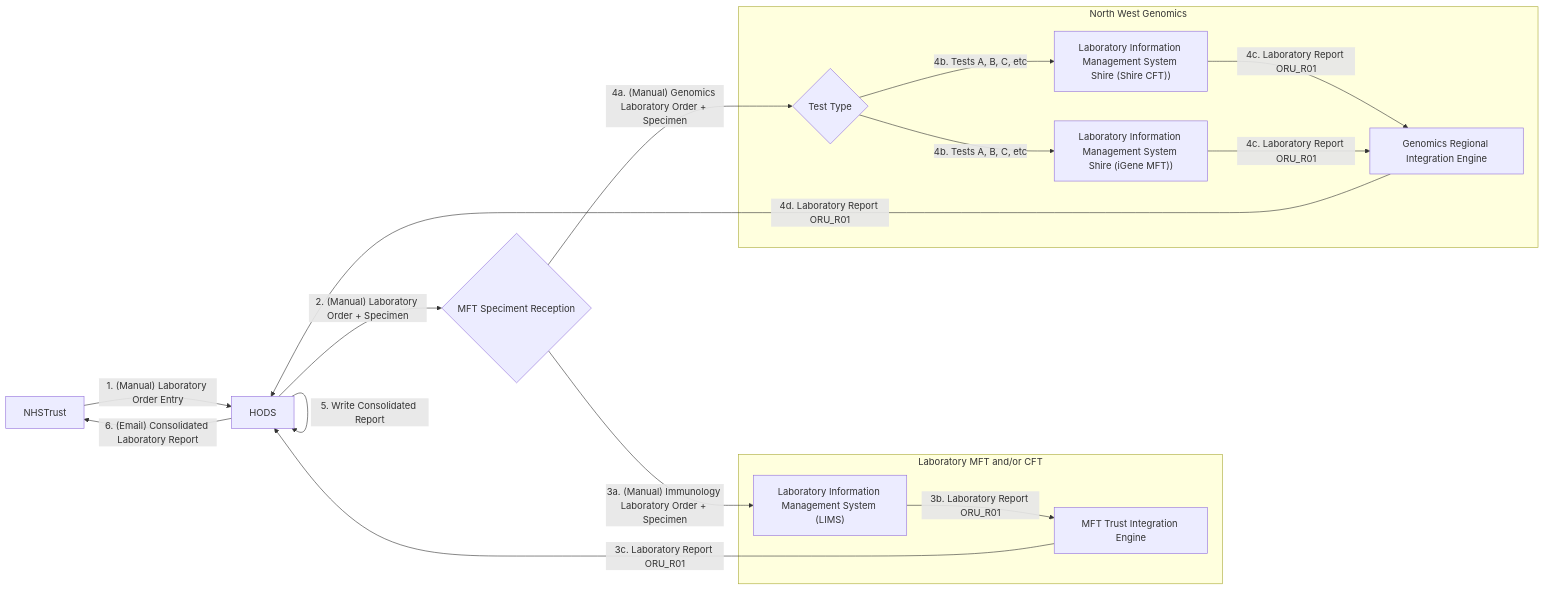
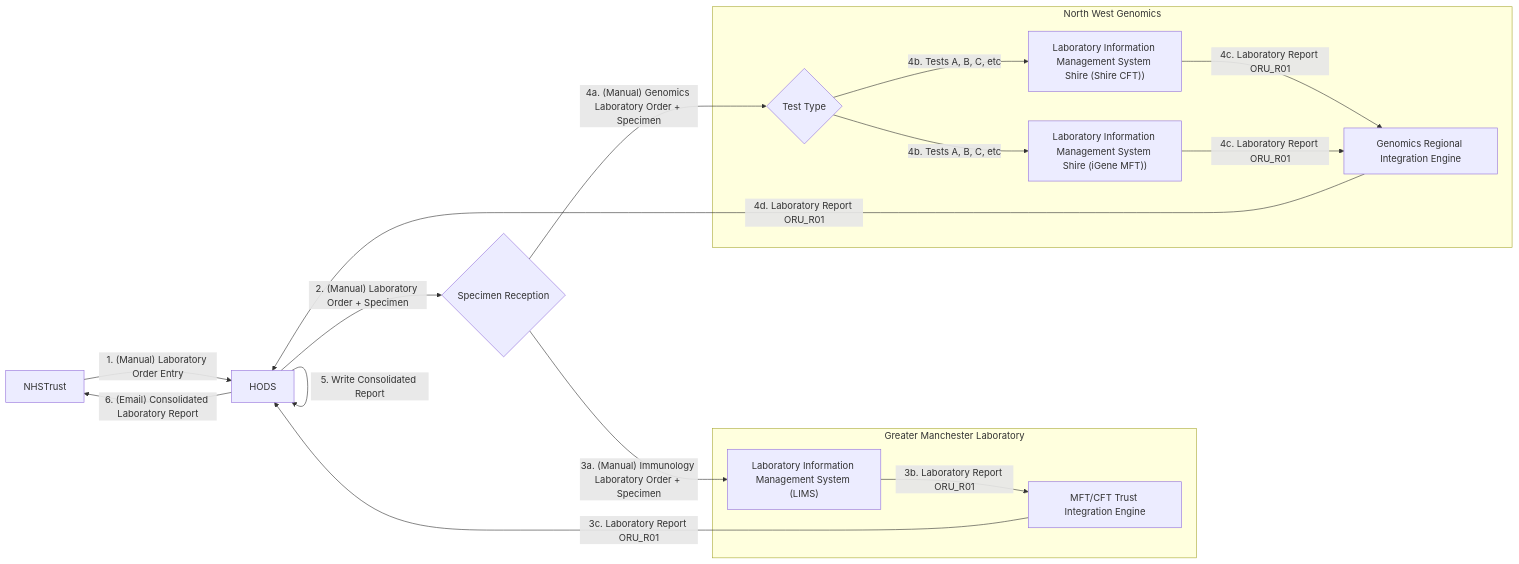
One commit to uk-gov-mirror/nw-gmsa.nw-gmsa.github.com changed the diagram in input/pagecontent/hods.md. Above: the diagram before and after it, drawn with Mermaid.

Commit message:
Updated HODS business process description

````diff
--- a/input/pagecontent/hods.md
+++ b/input/pagecontent/hods.md
@@ -5,26 +5,26 @@
 ```mermaid
 graph LR
     NHSTrust --> |"1. (Manual) Laboratory Order Entry"| HODS
-    HODS --> |"2. (Manual) Laboratory Order + Specimen"| MFTReception{MFT Speciment Reception}
+    HODS --> |"2. (Manual) Laboratory Order + Specimen"| MFTReception{Specimen Reception}
     MFTReception --> |"3a. (Manual) Immunology Laboratory Order + Specimen"| LIMS["Laboratory Information Management System (LIMS)"]
    
-    subgraph Laboratory[Laboratory MFT and/or CFT]
+    subgraph Laboratory[Greater Manchester Laboratory]
     
-        LIMS --> |3b. Laboratory Report ORU_R01| TIE[MFT Trust Integration Engine]
+        LIMS --> |3b. Laboratory Report ORU_R01| TIE[MFT/CFT Trust Integration Engine]
         
     end 
     TIE --> |3c. Laboratory Report ORU_R01| HODS
     MFTReception --> |"4a. (Manual) Genomics Laboratory Order + Specimen"| TestType
     subgraph NWGenomics[North West Genomics]
         TestType{Test Type} --> |4b. Tests A, B, C, etc| GLHS
         TestType{Test Type} --> |4b. Tests A, B, C, etc| GLHI
         GLHS["Laboratory Information Management System Shire (Shire CFT))"]
         GLHS --> |4c. Laboratory Report ORU_R01| RIE 
         GLHI["Laboratory Information Management System Shire (iGene MFT))"]
         GLHI --> |4c. Laboratory Report ORU_R01| RIE 
         
     end
     RIE["Genomics Regional Integration Engine"] --> |4d. Laboratory Report ORU_R01| HODS
     HODS --> |5. Write Consolidated Report| HODS
     HODS --> |"6. (Email) Consolidated Laboratory Report"| NHSTrust
 ```
````
